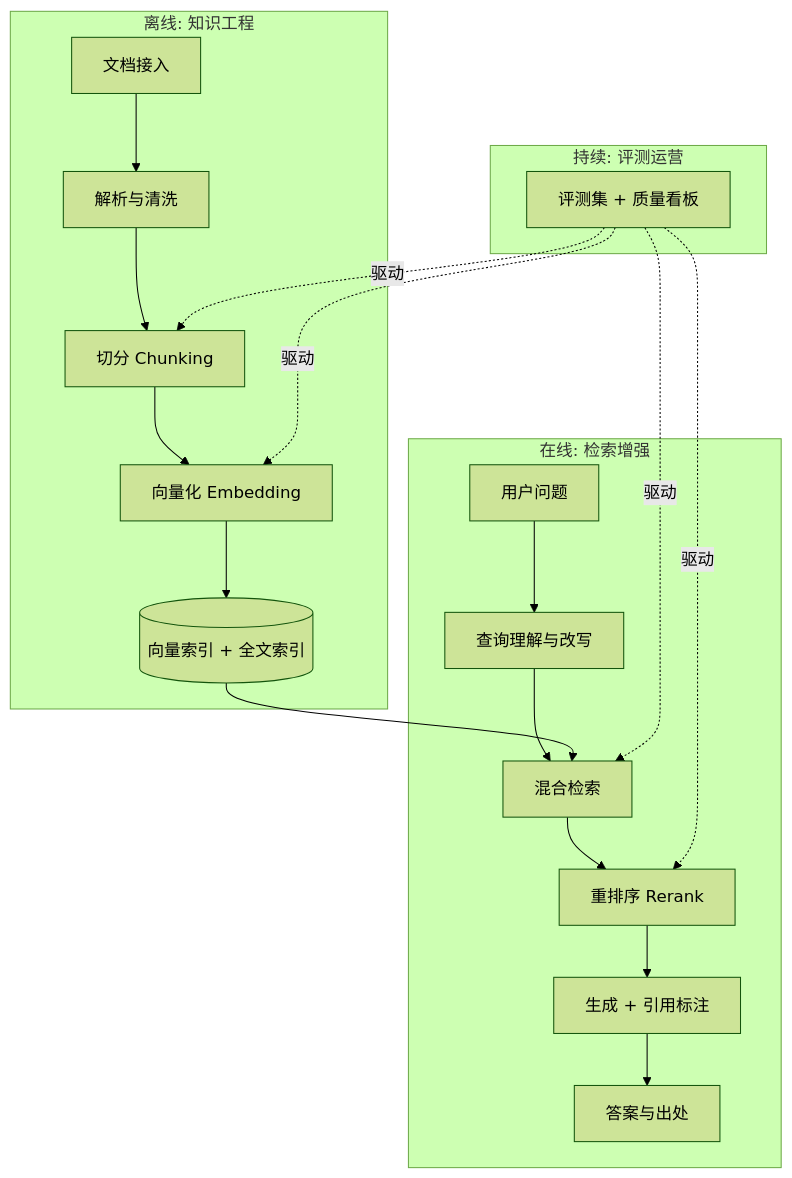
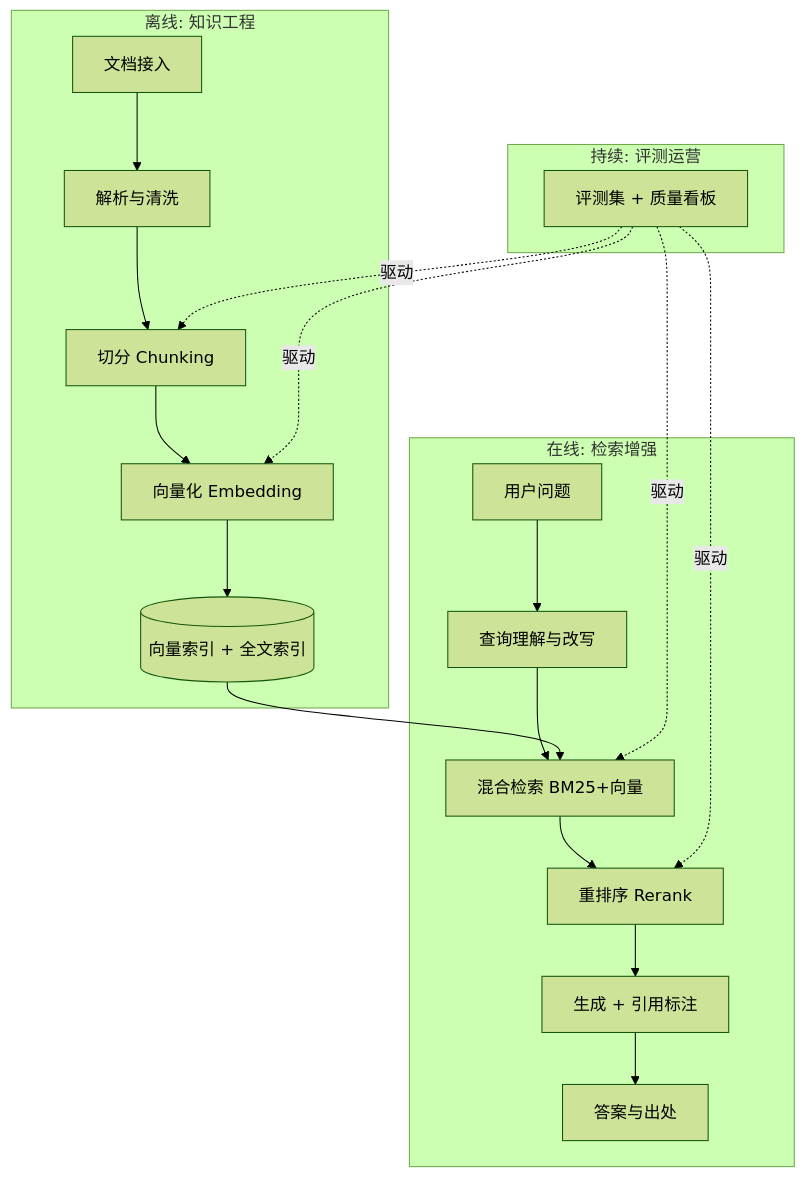
One commit to shuifans/cloud-ai-knowledge-base changed the first of 2 diagrams in docs/ai/application/rag-architecture.md. Above: the diagram before and after it, drawn with Mermaid (forest theme). The commit also changed other lines of this file and 64 other files, not shown here.

````diff
--- a/docs/ai/application/rag-architecture.md
+++ b/docs/ai/application/rag-architecture.md
@@ -22,20 +26,20 @@
 ```mermaid
 flowchart TB
   subgraph 离线: 知识工程
     D[文档接入] --> P[解析与清洗]
     P --> CH[切分 Chunking]
     CH --> E[向量化 Embedding]
     E --> IX[(向量索引 + 全文索引)]
   end
   subgraph 在线: 检索增强
     Q[用户问题] --> QR[查询理解与改写]
-    QR --> R[混合检索]
+    QR --> R[混合检索 BM25+向量]
     IX --> R
     R --> RK[重排序 Rerank]
     RK --> G[生成 + 引用标注]
     G --> A[答案与出处]
   end
   subgraph 持续: 评测运营
     EV[评测集 + 质量看板] -.驱动.-> CH & E & R & RK
   end
 ```
````
